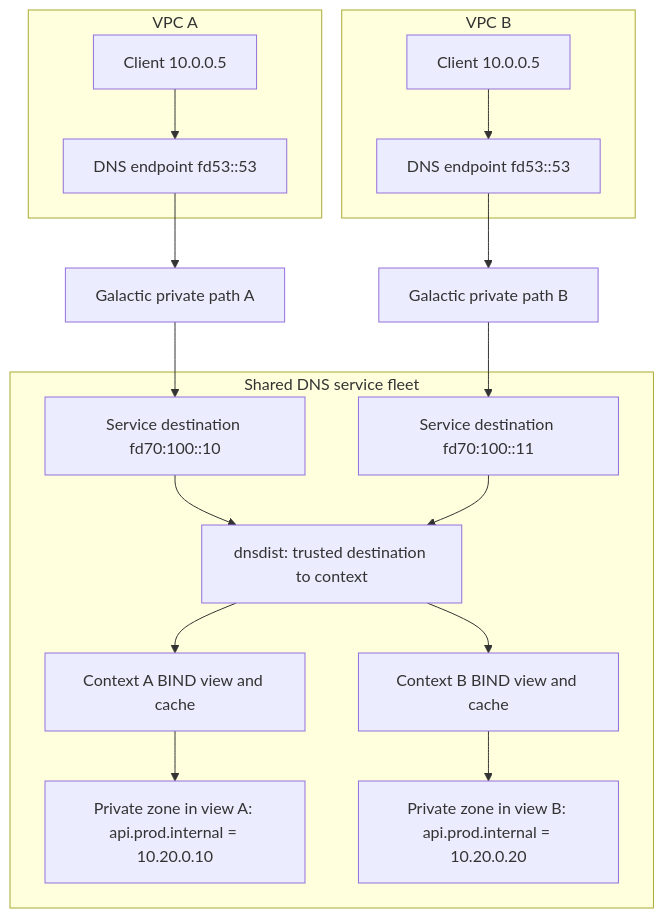
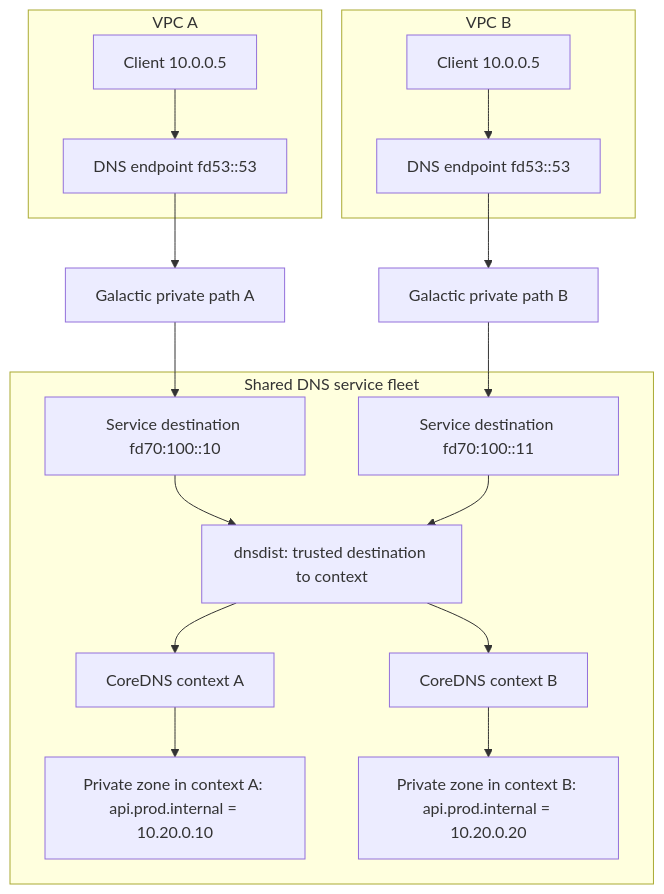
Before and after one commit to datum-cloud/dns-operator: the third of 4 diagrams in docs/architecture/internal-dns/README.md, drawn with Mermaid. The commit also changed other lines of this file, not shown here.

Commit message:
docs: describe the CoreDNS context architecture

````diff
--- a/docs/architecture/internal-dns/README.md
+++ b/docs/architecture/internal-dns/README.md
@@ -155,21 +155,21 @@
 ```mermaid
 flowchart TB
   subgraph A[VPC A]
     ClientA[Client 10.0.0.5] --> FrontA[DNS endpoint fd53::53]
   end
   subgraph B[VPC B]
     ClientB[Client 10.0.0.5] --> FrontB[DNS endpoint fd53::53]
   end
   FrontA --> PathA[Galactic private path A]
   FrontB --> PathB[Galactic private path B]
   PathA --> DestA[Service destination fd70:100::10]
   PathB --> DestB[Service destination fd70:100::11]
   subgraph Shared[Shared DNS service fleet]
     DestA --> Dist[dnsdist: trusted destination to context]
     DestB --> Dist
-    Dist --> ViewA[Context A BIND view and cache]
-    Dist --> ViewB[Context B BIND view and cache]
-    ViewA --> ZoneA[Private zone in view A: api.prod.internal = 10.20.0.10]
-    ViewB --> ZoneB[Private zone in view B: api.prod.internal = 10.20.0.20]
+    Dist --> ViewA[CoreDNS context A]
+    Dist --> ViewB[CoreDNS context B]
+    ViewA --> ZoneA[Private zone in context A: api.prod.internal = 10.20.0.10]
+    ViewB --> ZoneB[Private zone in context B: api.prod.internal = 10.20.0.20]
   end
 ```
````
